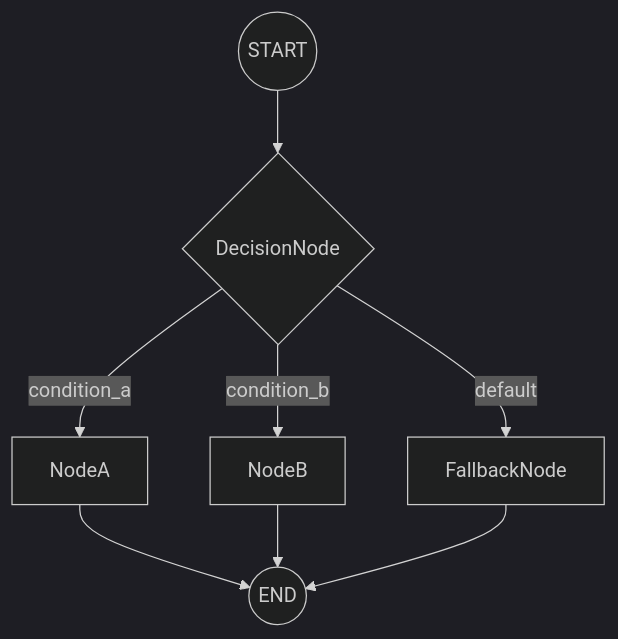
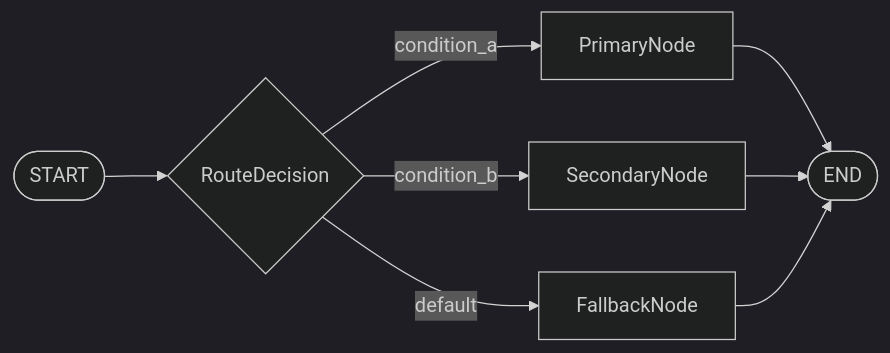
Before and after one commit to Proact0/Act-Operator: the second of 3 diagrams in act_operator/act_operator/scaffold/{{ cookiecutter.act_slug }}/.claude/skills/act-architect/resources/design/edge-routing.md, drawn with Mermaid (dark theme). The commit also changed other lines of this file and 9 other files, not shown here.

Commit message:
Update version to 0.2.4, add new template paths for improved project scaffolding, and enhance documentation for interactive conversation protocols in the act-architect skill.

````diff
--- a/act_operator/act_operator/scaffold/{{ cookiecutter.act_slug }}/.claude/skills/act-architect/resources/design/edge-routing.md
+++ b/act_operator/act_operator/scaffold/{{ cookiecutter.act_slug }}/.claude/skills/act-architect/resources/design/edge-routing.md
@@ -23,10 +23,10 @@
 ```mermaid
-graph TD
-    START((START)) --> DecisionNode{DecisionNode}
-    DecisionNode -->|condition_a| NodeA[NodeA]
-    DecisionNode -->|condition_b| NodeB[NodeB]
-    DecisionNode -->|default| FallbackNode[FallbackNode]
-    NodeA --> END((END))
-    NodeB --> END((END))
-    FallbackNode --> END((END))
+graph LR
+    START([START]) --> A{RouteDecision}
+    A -->|condition_a| B[PrimaryNode]
+    A -->|condition_b| C[SecondaryNode]
+    A -->|default| D[FallbackNode]
+    B --> END([END])
+    C --> END([END])
+    D --> END([END])
 ```
````
